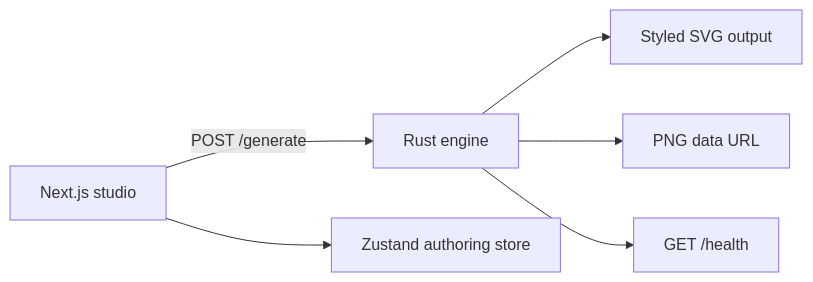
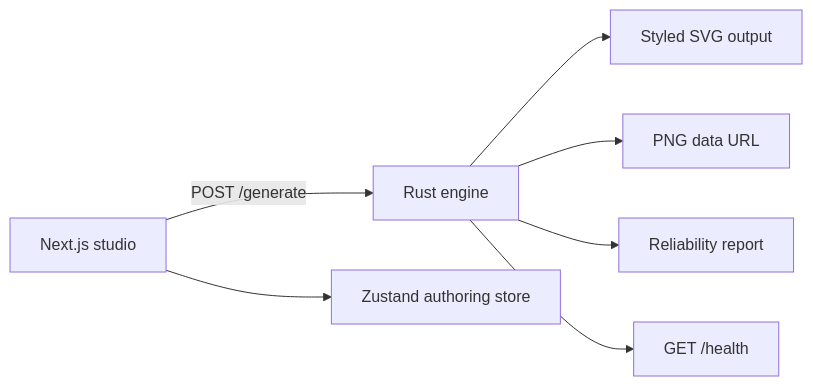
The diagram in README.md (HexAbyss/NoxQR), drawn with Mermaid before and after one commit. The commit also changed other lines of this file and 27 other files, not shown here.

````diff
--- a/README.md
+++ b/README.md
@@ -87,8 +89,9 @@
 ```mermaid
 flowchart LR
     A[Next.js studio] -->|POST /generate| B[Rust engine]
     A --> C[Zustand authoring store]
     B --> D[Styled SVG output]
     B --> E[PNG data URL]
+  B --> G[Reliability report]
     B --> F[GET /health]
 ```
````
